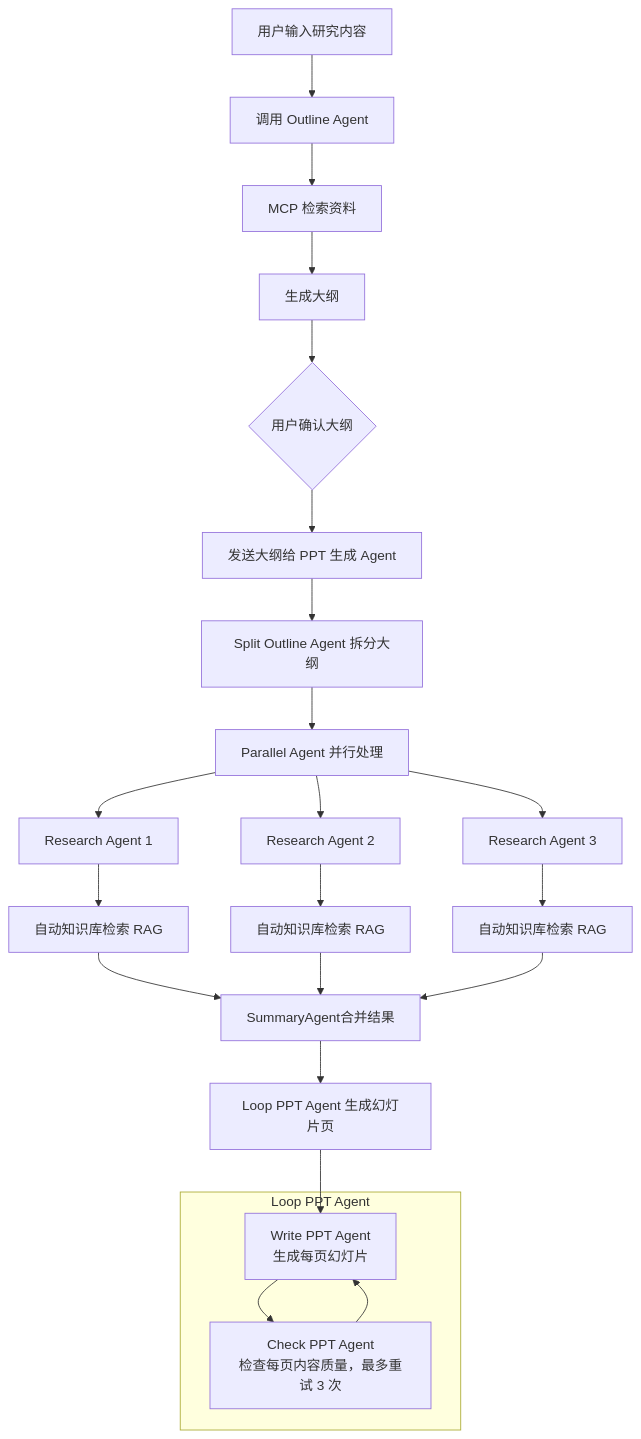
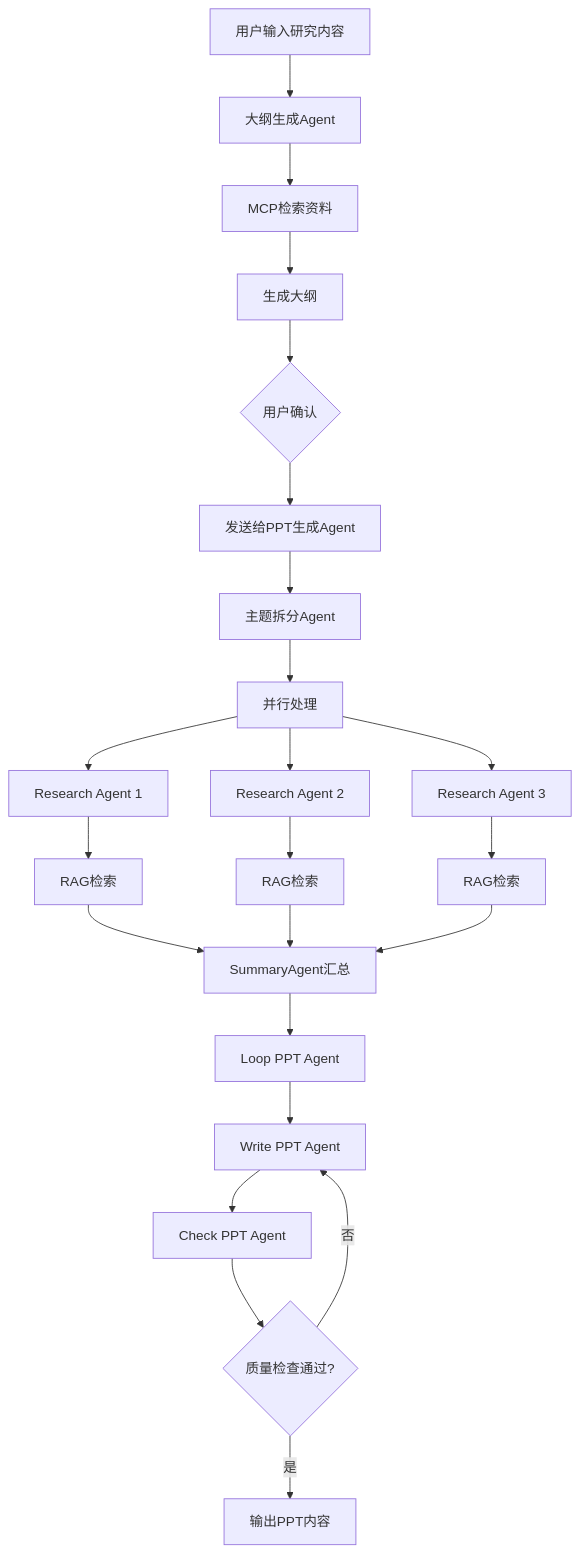
The diagram in README.md (yzk4133/PPT_Agent), drawn with Mermaid before and after one commit. The commit also changed other lines of this file, not shown here.

````diff
--- a/README.md
+++ b/README.md
@@ -192,35 +160,30 @@
 ```mermaid
 flowchart TD
-    A[用户输入研究内容] --> B[调用 Outline Agent]
-    B --> C[MCP 检索资料]
+    A[用户输入研究内容] --> B[大纲生成Agent]
+    B --> C[MCP检索资料]
     C --> D[生成大纲]
-    D --> E{用户确认大纲}
-    E --> F[发送大纲给 PPT 生成 Agent]
+    D --> E{用户确认}
+    E --> F[发送给PPT生成Agent]
 
-    F --> G[Split Outline Agent 拆分大纲]
-    G --> H[Parallel Agent 并行处理]
+    F --> G[主题拆分Agent]
+    G --> H[并行处理]
 
-    %% 并发 Research Agent
     H --> I1[Research Agent 1]
     H --> I2[Research Agent 2]
     H --> I3[Research Agent 3]
 
-    I1 --> RAG1[自动知识库检索 RAG]
-    I2 --> RAG2[自动知识库检索 RAG]
-    I3 --> RAG3[自动知识库检索 RAG]
+    I1 --> RAG1[RAG检索]
+    I2 --> RAG2[RAG检索]
+    I3 --> RAG3[RAG检索]
 
-    RAG1 --> J[SummaryAgent合并结果]
+    RAG1 --> J[SummaryAgent汇总]
     RAG2 --> J
     RAG3 --> J
 
-    J --> L[Loop PPT Agent 生成幻灯片页]
-
-    subgraph Loop PPT Agent
-        L1[Write PPT Agent<br>生成每页幻灯片]
-        L2[Check PPT Agent<br>检查每页内容质量，最多重试 3 次]
-        L1 --> L2
-        L2 --> L1
-    end
-
-    L --> L1
+    J --> K[Loop PPT Agent]
+    K --> L[Write PPT Agent]
+    L --> M[Check PPT Agent]
+    M --> N{质量检查通过?}
+    N -->|否| L
+    N -->|是| O[输出PPT内容]
 ```
````
